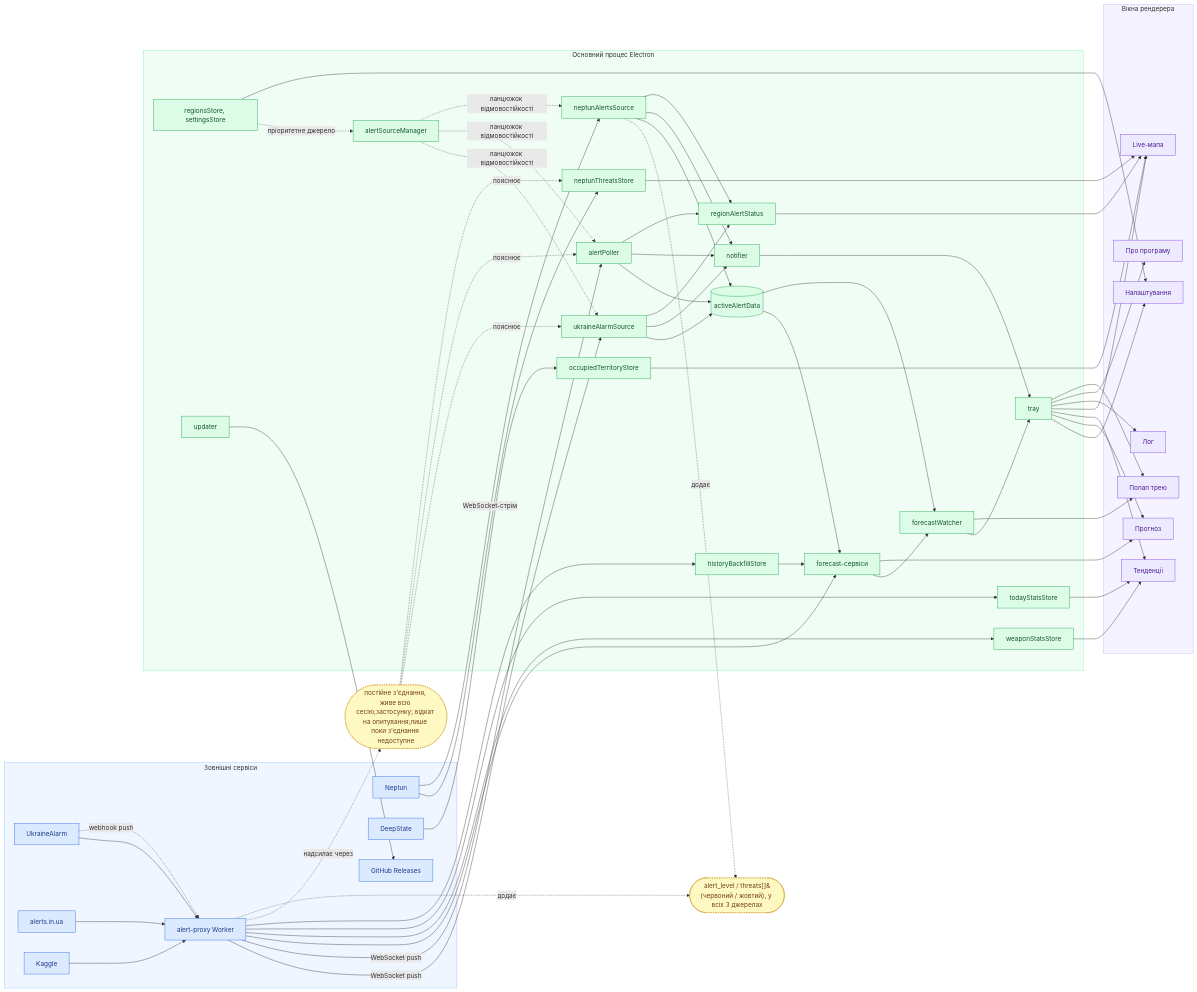
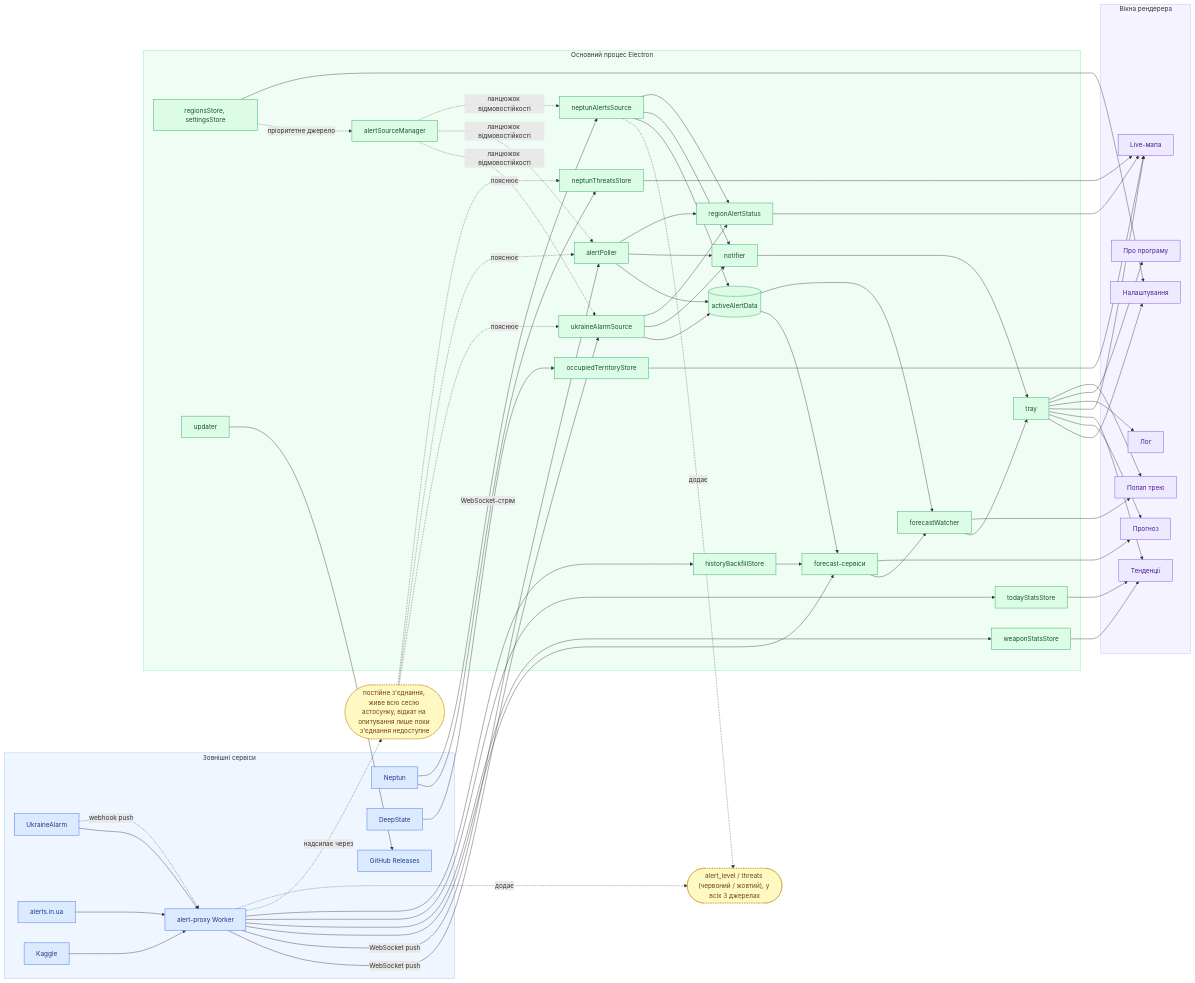
The diagram in docs/diagrams/architecture-uk.mmd (sergeiown/Alert_Server), drawn with Mermaid before and after one commit.

Commit message:
Fix typos in architecture-uk.mmd notes

```diff
--- a/docs/diagrams/architecture-uk.mmd
+++ b/docs/diagrams/architecture-uk.mmd
@@ -1,119 +1,119 @@
 flowchart LR
     subgraph ext[Зовнішні сервіси]
         ukrainealarm[UkraineAlarm]
         api[alerts.in.ua]
         proxy[alert-proxy Worker]
         neptun[Neptun]
         deepstate[DeepState]
         kaggle[Kaggle]
         gh[GitHub Releases]
     end
 
     subgraph main[Основний процес Electron]
         sourceManager[alertSourceManager]
         uaSource[ukraineAlarmSource]
         poller[alertPoller]
         altSource[neptunAlertsSource]
         threatsStore[neptunThreatsStore]
         activeData[(activeAlertData)]
         notifier[notifier]
         regionStatus[regionAlertStatus]
         todayStats[todayStatsStore]
         historyBackfill[historyBackfillStore]
         occupied[occupiedTerritoryStore]
         forecast[forecast-сервіси]
         watcher[forecastWatcher]
         weaponStats[weaponStatsStore]
         tray[tray]
         stores[regionsStore, settingsStore]
         updater[updater]
     end
 
     subgraph win[Вікна рендерера]
         settingsWin[Налаштування]
         forecastWin[Прогноз]
         trendsWin[Тенденції]
         liveMapWin[Live-мапа]
         popup[Попап трею]
         logWin[Лог]
         aboutWin[Про програму]
     end
 
     ukrainealarm --> proxy
     ukrainealarm -. webhook push .-> proxy
     api --> proxy
     kaggle --> proxy
     proxy -->|WebSocket push| uaSource
     proxy -->|WebSocket push| poller
     proxy --> forecast
     proxy --> weaponStats
     proxy --> todayStats
     proxy --> historyBackfill
     deepstate --> occupied
     neptun -->|WebSocket-стрім| threatsStore
     neptun --> altSource
 
-    pushNote(["постійне з'єднання, живе всю сесію;застосунку; відкат на опитування;лише поки з'єднання недоступне"])
+    pushNote(["постійне з'єднання, живе всю сесію астосунку, відкат на опитування лише поки з'єднання недоступне"])
     proxy -. надсилає через .-> pushNote
     pushNote -. пояснює .-> uaSource
     pushNote -. пояснює .-> poller
     pushNote -. пояснює .-> threatsStore
 
-    levelNote(["alert_level / threats[]&#10;(червоний / жовтий), у всіх 3 джерелах"])
+    levelNote(["alert_level / threats (червоний / жовтий), у всіх 3 джерелах"])
     proxy -. додає .-> levelNote
     altSource -. додає .-> levelNote
 
     stores -. пріоритетне джерело .-> sourceManager
     sourceManager -. ланцюжок відмовостійкості .-> uaSource
     sourceManager -. ланцюжок відмовостійкості .-> poller
     sourceManager -. ланцюжок відмовостійкості .-> altSource
     uaSource --> activeData
     poller --> activeData
     altSource --> activeData
     uaSource --> notifier
     poller --> notifier
     altSource --> notifier
     uaSource --> regionStatus
     poller --> regionStatus
     altSource --> regionStatus
     notifier --> tray
 
     activeData --> forecast
     activeData --> watcher
     historyBackfill --> forecast
     forecast --> watcher
     watcher --> tray
     watcher --> popup
 
     regionStatus --> liveMapWin
     threatsStore --> liveMapWin
     occupied --> liveMapWin
     weaponStats --> trendsWin
     todayStats --> trendsWin
 
     stores --> settingsWin
     forecast --> forecastWin
 
     tray --> settingsWin
     tray --> forecastWin
     tray --> trendsWin
     tray --> liveMapWin
     tray --> logWin
     tray --> aboutWin
     tray --> popup
 
     updater --> gh
 
     classDef extNode fill:#dbeafe,stroke:#2563eb,color:#1e3a8a
     classDef mainNode fill:#dcfce7,stroke:#16a34a,color:#14532d
     classDef winNode fill:#ede9fe,stroke:#7c3aed,color:#4c1d95
     classDef noteNode fill:#fef9c3,stroke:#ca8a04,color:#713f12,stroke-dasharray:3 3
 
     class ukrainealarm,api,proxy,neptun,deepstate,kaggle,gh extNode
     class sourceManager,uaSource,poller,altSource,threatsStore,activeData,notifier,regionStatus,todayStats,historyBackfill,occupied,forecast,watcher,weaponStats,tray,stores,updater mainNode
     class settingsWin,forecastWin,trendsWin,liveMapWin,popup,logWin,aboutWin winNode
     class levelNote,pushNote noteNode
 
     style ext fill:#eff6ff,stroke:#93c5fd
     style main fill:#f0fdf4,stroke:#86efac
     style win fill:#f5f3ff,stroke:#c4b5fd
```
